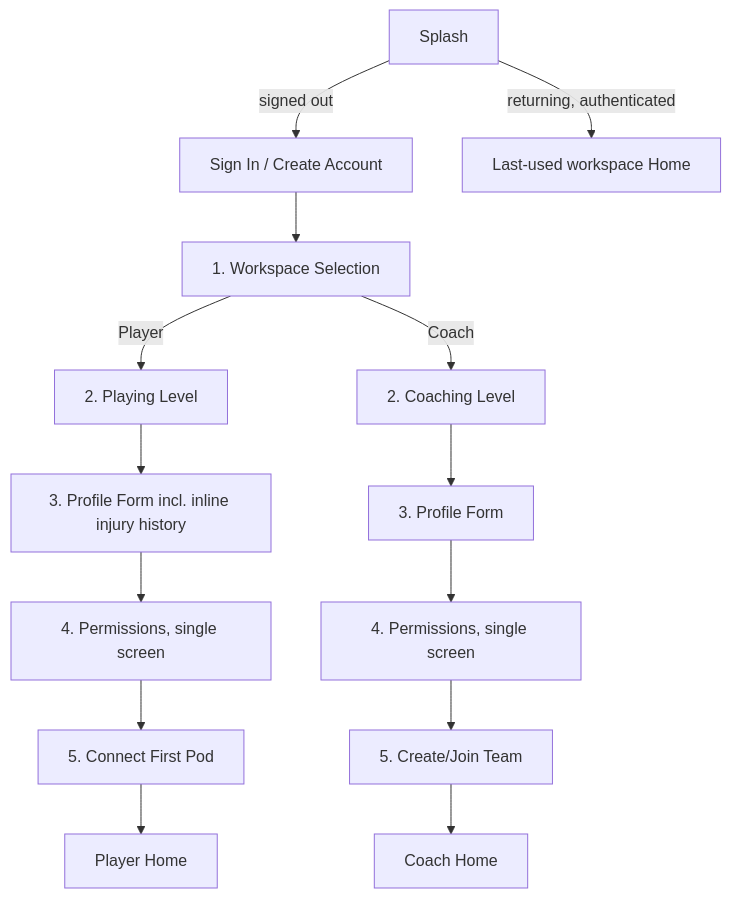
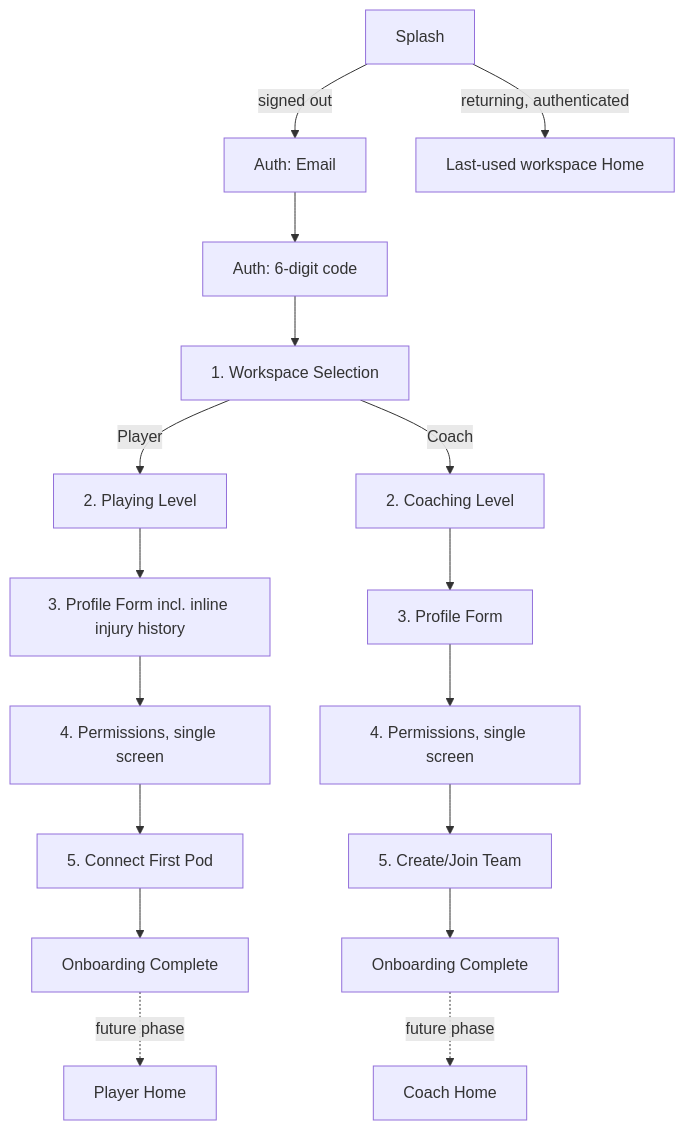
Before and after one commit to jv-013/vikzar-app: the fourth of 8 diagrams in DESIGN_SPECIFICATION.md, drawn with Mermaid. The commit also changed other lines of this file and 56 other files, not shown here.

First line of the commit message:
Phase 6: Complete Onboarding Experience

````diff
--- a/DESIGN_SPECIFICATION.md
+++ b/DESIGN_SPECIFICATION.md
@@ -457,16 +460,19 @@
 ```mermaid
 flowchart TD
-    Splash -->|signed out| Auth[Sign In / Create Account]
+    Splash -->|signed out| AuthEmail["Auth: Email"]
+    AuthEmail --> AuthOtp["Auth: 6-digit code"]
     Splash -->|returning, authenticated| Home[Last-used workspace Home]
-    Auth --> WSel["1. Workspace Selection"]
+    AuthOtp --> WSel["1. Workspace Selection"]
     WSel -->|Player| PLevel["2. Playing Level"]
     WSel -->|Coach| CLevel["2. Coaching Level"]
     PLevel --> PProfile["3. Profile Form incl. inline injury history"]
     CLevel --> CProfile["3. Profile Form"]
     PProfile --> PPerm["4. Permissions, single screen"]
     CProfile --> CPerm["4. Permissions, single screen"]
     PPerm --> ConnectPod["5. Connect First Pod"]
     CPerm --> Team["5. Create/Join Team"]
-    ConnectPod --> PHome[Player Home]
-    Team --> CHome[Coach Home]
+    ConnectPod --> PComplete["Onboarding Complete"]
+    Team --> CComplete["Onboarding Complete"]
+    PComplete -.future phase.-> PHome[Player Home]
+    CComplete -.future phase.-> CHome[Coach Home]
 ```
````
